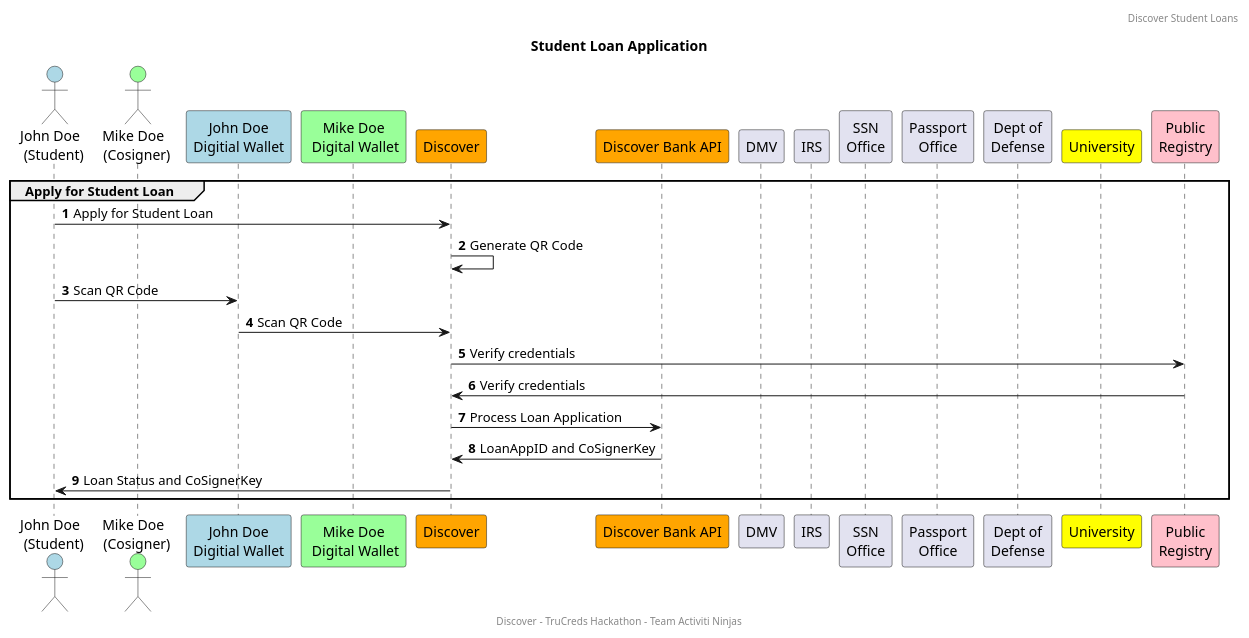
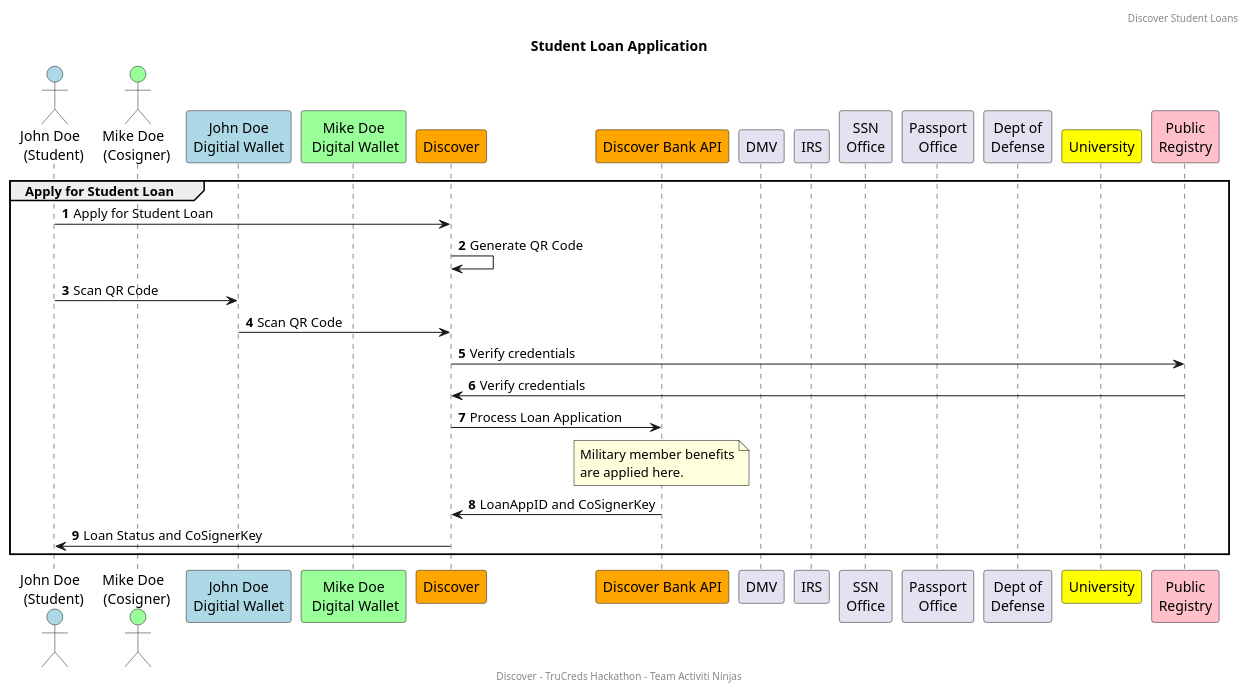
Before and after one commit to vikaspatil29/Repo-truecreds-activiti-ninjas: the diagram in designs/src/puml/2-student-loan-app-seq.puml, drawn with PlantUML.

```diff
--- a/designs/src/puml/2-student-loan-app-seq.puml
+++ b/designs/src/puml/2-student-loan-app-seq.puml
@@ -1,37 +1,38 @@
 @startuml
 
 header Discover Student Loans
 footer Discover - TruCreds Hackathon - Team Activiti Ninjas
 
 title Student Loan Application
 
 autonumber 1
 skinparam noteBorderColor black
 
 actor "John Doe \n (Student)" as STUDENT #lightblue
 actor "Mike Doe \n (Cosigner)" as COSIGNER #99FF99
 participant "John Doe\nDigitial Wallet" as SWALLET #lightblue
 participant "Mike Doe\n Digital Wallet" as CWALLET #99FF99
 participant "Discover" as DFS #orange
 participant "Discover Bank API" as DFSAPI #orange
 participant "DMV" as DMV
 participant "IRS" as IRS
 participant "SSN\nOffice" as SSN
 participant "Passport\nOffice" as PASSPORT
 participant "Dept of\nDefense" as MILITARY
 participant "University" as UNIVERSITY #yellow
 participant "Public\nRegistry" as REGISTRY #pink
 
 group Apply for Student Loan
 STUDENT->DFS: Apply for Student Loan
 DFS->DFS: Generate QR Code
 STUDENT->SWALLET: Scan QR Code
 SWALLET->DFS: Scan QR Code
 DFS->REGISTRY: Verify credentials 
 REGISTRY->DFS: Verify credentials 
 DFS->DFSAPI: Process Loan Application
+note over DFSAPI: Military member benefits\nare applied here.
 DFSAPI->DFS: LoanAppID and CoSignerKey
 DFS->STUDENT: Loan Status and CoSignerKey
 end
 
 @enduml
```
